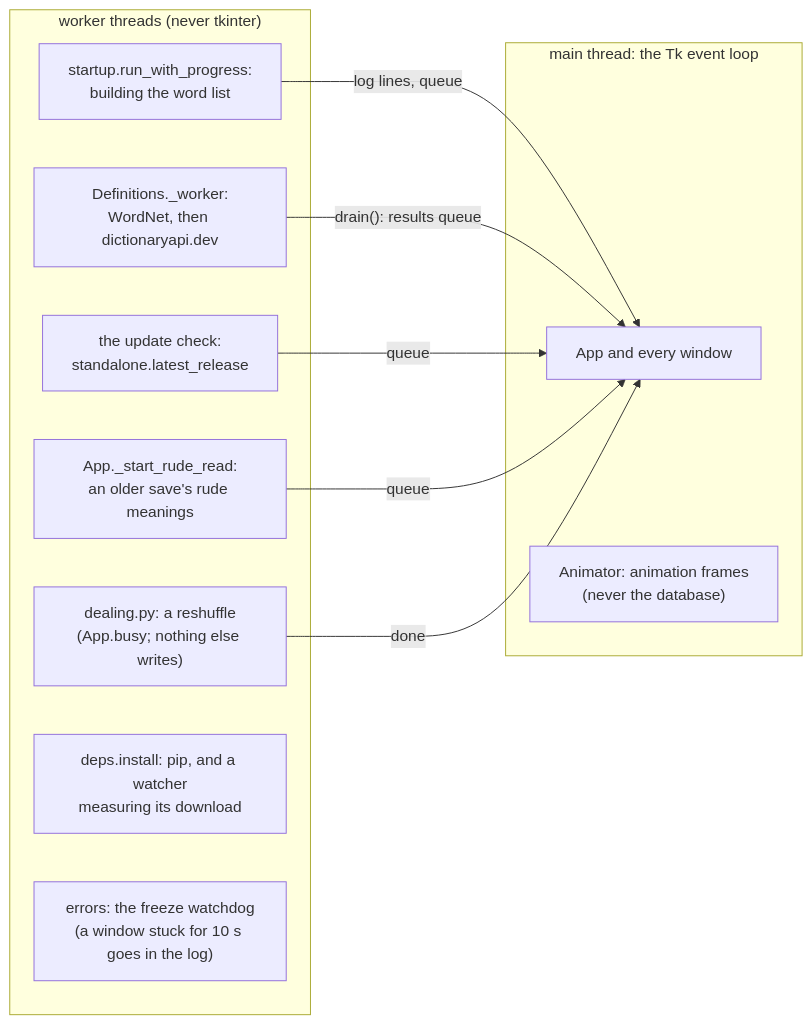
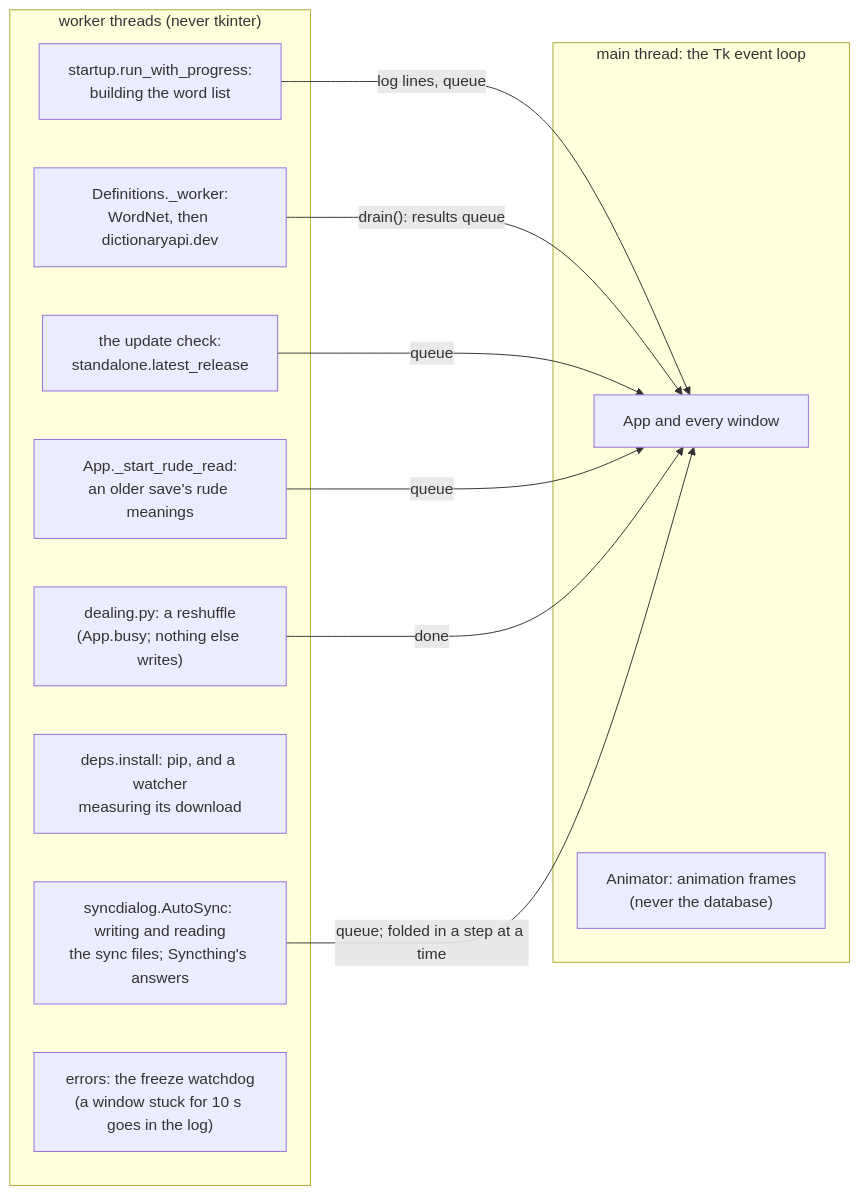
The seventh of 12 diagrams in DEVELOPERS.md (kiva-mccr/Word-Tierlister), drawn with Mermaid before and after one commit. The commit also changed other lines of this file and 2 other files, not shown here.

First line of the commit message:
Docs: README.md for users again, with syncing; the sync files in DEVELOPERS.md

````diff
--- a/DEVELOPERS.md
+++ b/DEVELOPERS.md
@@ -291,21 +294,23 @@
 ```mermaid
 flowchart LR
     subgraph main["main thread: the Tk event loop"]
         App["App and every window"]
         Anim["Animator: animation frames<br/>(never the database)"]
     end
     subgraph workers["worker threads (never tkinter)"]
         Setup["startup.run_with_progress:<br/>building the word list"]
         Defs["Definitions._worker:<br/>WordNet, then dictionaryapi.dev"]
         Upd["the update check:<br/>standalone.latest_release"]
         RudeRead["App._start_rude_read:<br/>an older save's rude meanings"]
         Deal["dealing.py: a reshuffle<br/>(App.busy; nothing else writes)"]
         Pip["deps.install: pip, and a watcher<br/>measuring its download"]
+        Sync["syncdialog.AutoSync: writing and reading<br/>the sync files; Syncthing's answers"]
         Watch["errors: the freeze watchdog<br/>(a window stuck for 10 s goes in the log)"]
     end
     Setup -- "log lines, queue" --> App
     Defs -- "drain(): results queue" --> App
     Upd -- "queue" --> App
     RudeRead -- "queue" --> App
     Deal -- "done" --> App
+    Sync -- "queue; folded in a step at a time" --> App
 ```
````
